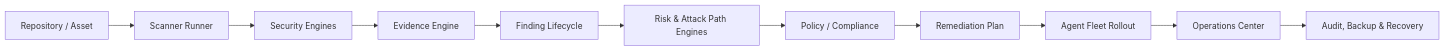
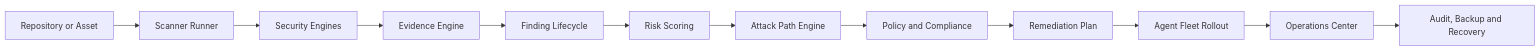
The diagram in README.md (Dpehect/Sentinel-Mesh-App), drawn with Mermaid before and after one commit. The commit also changed other lines of this file and 3 other files, not shown here.

````diff
--- a/README.md
+++ b/README.md
@@ -516,13 +1274,14 @@
 ```mermaid
 flowchart LR
-    A[Repository / Asset] --> B[Scanner Runner]
+    A[Repository or Asset] --> B[Scanner Runner]
     B --> C[Security Engines]
     C --> D[Evidence Engine]
     D --> E[Finding Lifecycle]
-    E --> F[Risk & Attack Path Engines]
-    F --> G[Policy / Compliance]
-    G --> H[Remediation Plan]
-    H --> I[Agent Fleet Rollout]
-    I --> J[Operations Center]
-    J --> K[Audit, Backup & Recovery]
+    E --> F[Risk Scoring]
+    F --> G[Attack Path Engine]
+    G --> H[Policy and Compliance]
+    H --> I[Remediation Plan]
+    I --> J[Agent Fleet Rollout]
+    J --> K[Operations Center]
+    K --> L[Audit, Backup and Recovery]
 ```
````
